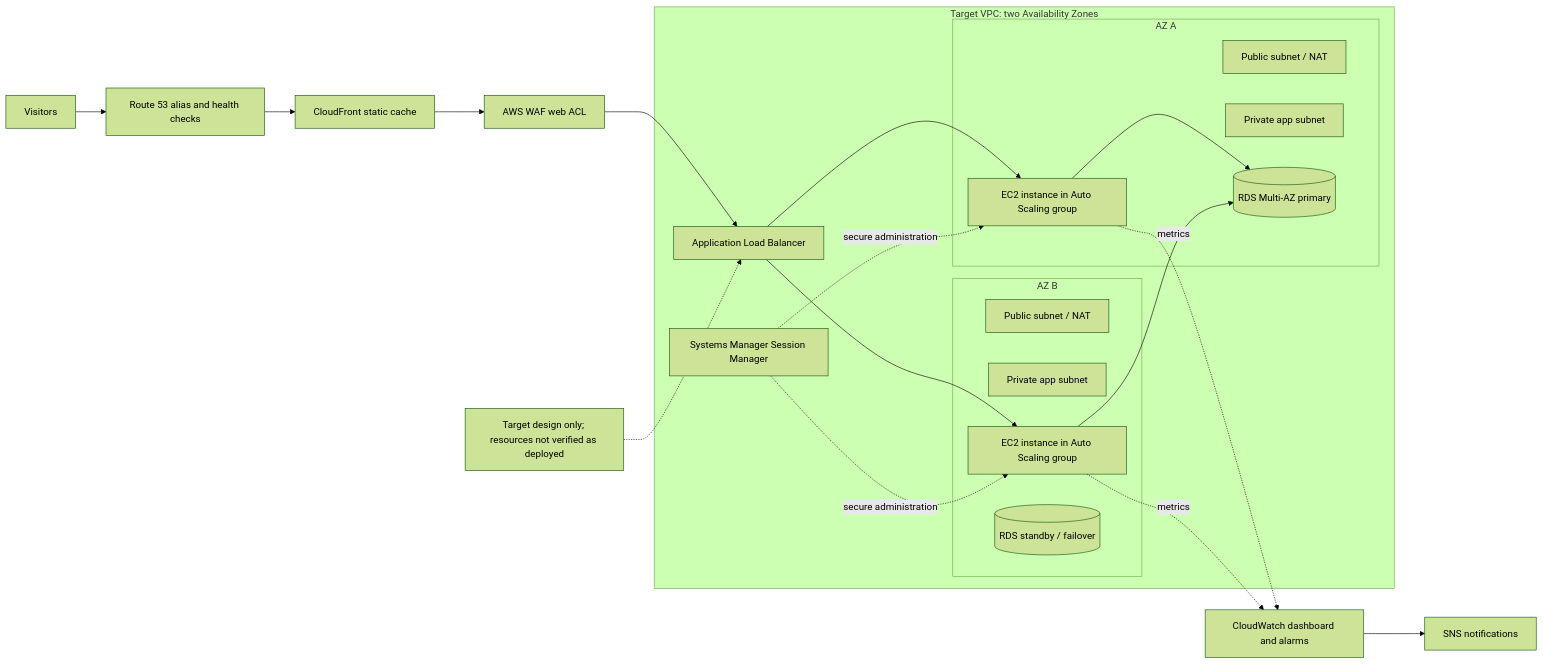
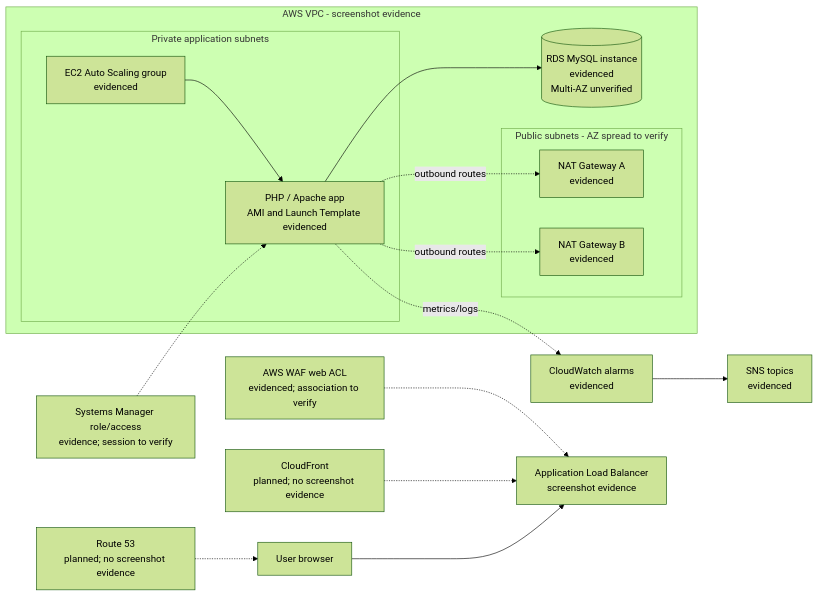
Before and after one commit to Aasa89048/Scalable-Web-Application-with-ALB-and-Auto-Scaling: the diagram in docs/architecture.mmd, drawn with Mermaid (forest theme).

Commit message:
Update project docs from screenshot evidence

```diff
--- a/docs/architecture.mmd
+++ b/docs/architecture.mmd
@@ -1,30 +1,23 @@
 flowchart LR
-  U[Visitors] --> R53[Route 53 alias and health checks]
-  R53 --> CF[CloudFront static cache]
-  CF --> WAF[AWS WAF web ACL]
-  WAF --> ALB[Application Load Balancer]
-  subgraph VPC[Target VPC: two Availability Zones]
-    subgraph AZA[AZ A]
-      PUBA[Public subnet / NAT]
-      APPA[Private app subnet]
-      ECA[EC2 instance in Auto Scaling group]
-      DBA[(RDS Multi-AZ primary)]
+  User[User browser] --> ALB[Application Load Balancer<br/>screenshot evidence]
+  subgraph VPC[AWS VPC - screenshot evidence]
+    subgraph Public[Public subnets - AZ spread to verify]
+      NAT1[NAT Gateway A<br/>evidenced]
+      NAT2[NAT Gateway B<br/>evidenced]
     end
-    subgraph AZB[AZ B]
-      PUBB[Public subnet / NAT]
-      APPB[Private app subnet]
-      ECB[EC2 instance in Auto Scaling group]
-      DBB[(RDS standby / failover)]
+    subgraph Private[Private application subnets]
+      ASG[EC2 Auto Scaling group<br/>evidenced]
+      APP[PHP / Apache app<br/>AMI and Launch Template evidenced]
     end
-    ALB --> ECA
-    ALB --> ECB
-    ECA --> DBA
-    ECB --> DBA
-    SSM[Systems Manager Session Manager] -. secure administration .-> ECA
-    SSM -. secure administration .-> ECB
+    RDS[(RDS MySQL instance<br/>evidenced<br/>Multi-AZ unverified)]
+    ASG --> APP
+    APP --> RDS
+    APP -. outbound routes .-> NAT1
+    APP -. outbound routes .-> NAT2
   end
-  CW[CloudWatch dashboard and alarms] --> SNS[SNS notifications]
-  ECA -. metrics .-> CW
-  ECB -. metrics .-> CW
-  NOTE[Target design only; resources not verified as deployed]
-  NOTE -.-> ALB
+  WAF[AWS WAF web ACL<br/>evidenced; association to verify] -.-> ALB
+  SSM[Systems Manager role/access<br/>evidence; session to verify] -.-> APP
+  CW[CloudWatch alarms<br/>evidenced] --> SNS[SNS topics<br/>evidenced]
+  APP -. metrics/logs .-> CW
+  CF[CloudFront<br/>planned; no screenshot evidence] -.-> ALB
+  R53[Route 53<br/>planned; no screenshot evidence] -.-> User
```
